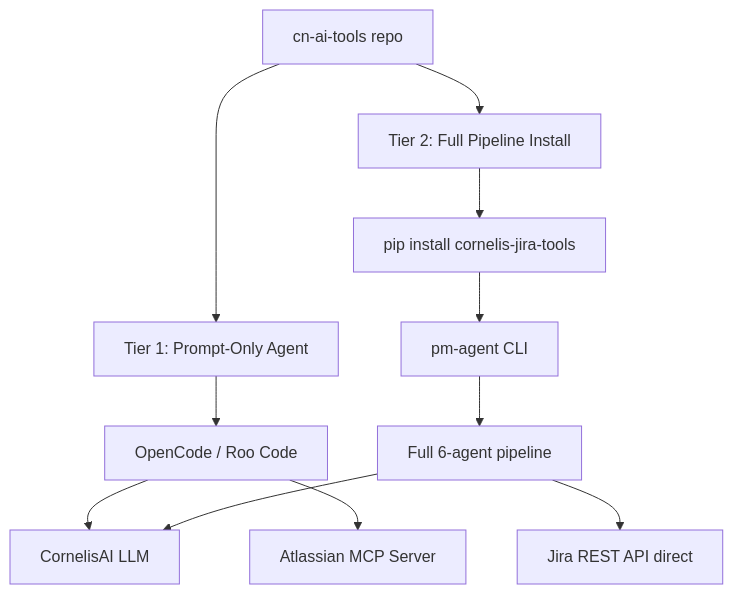
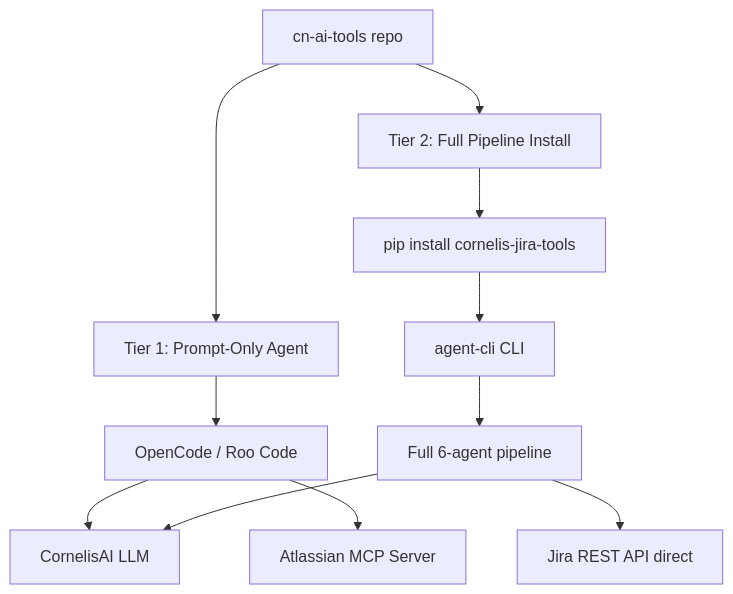
Before and after one commit to jmac-cornelis/agent-workforce: the diagram in plans/sharing-planning-agent-via-cn-ai-tools.md, drawn with Mermaid. The commit also changed other lines of this file and 20 other files, not shown here.

Commit message:
Rename pm_agent.py to agent_cli.py and update all references to agent-cli

````diff
--- a/plans/sharing-planning-agent-via-cn-ai-tools.md
+++ b/plans/sharing-planning-agent-via-cn-ai-tools.md
@@ -34,15 +34,15 @@
 ```mermaid
 graph TD
     A[cn-ai-tools repo] --> B[Tier 1: Prompt-Only Agent]
     A --> C[Tier 2: Full Pipeline Install]
     
     B --> D[OpenCode / Roo Code]
     D --> E[CornelisAI LLM]
     D --> F[Atlassian MCP Server]
     
     C --> G[pip install cornelis-jira-tools]
-    G --> H[pm-agent CLI]
+    G --> H[agent-cli CLI]
     H --> I[Full 6-agent pipeline]
     I --> E
     I --> J[Jira REST API direct]
 ```
````
